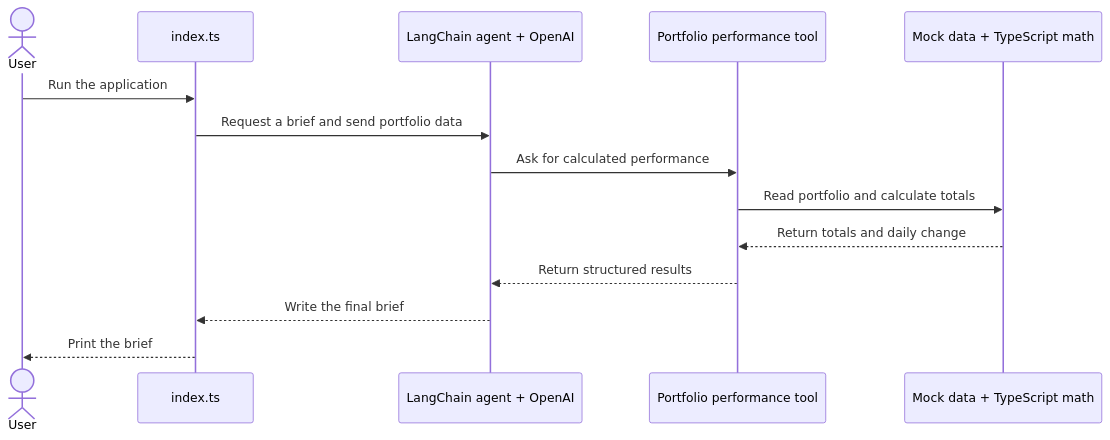
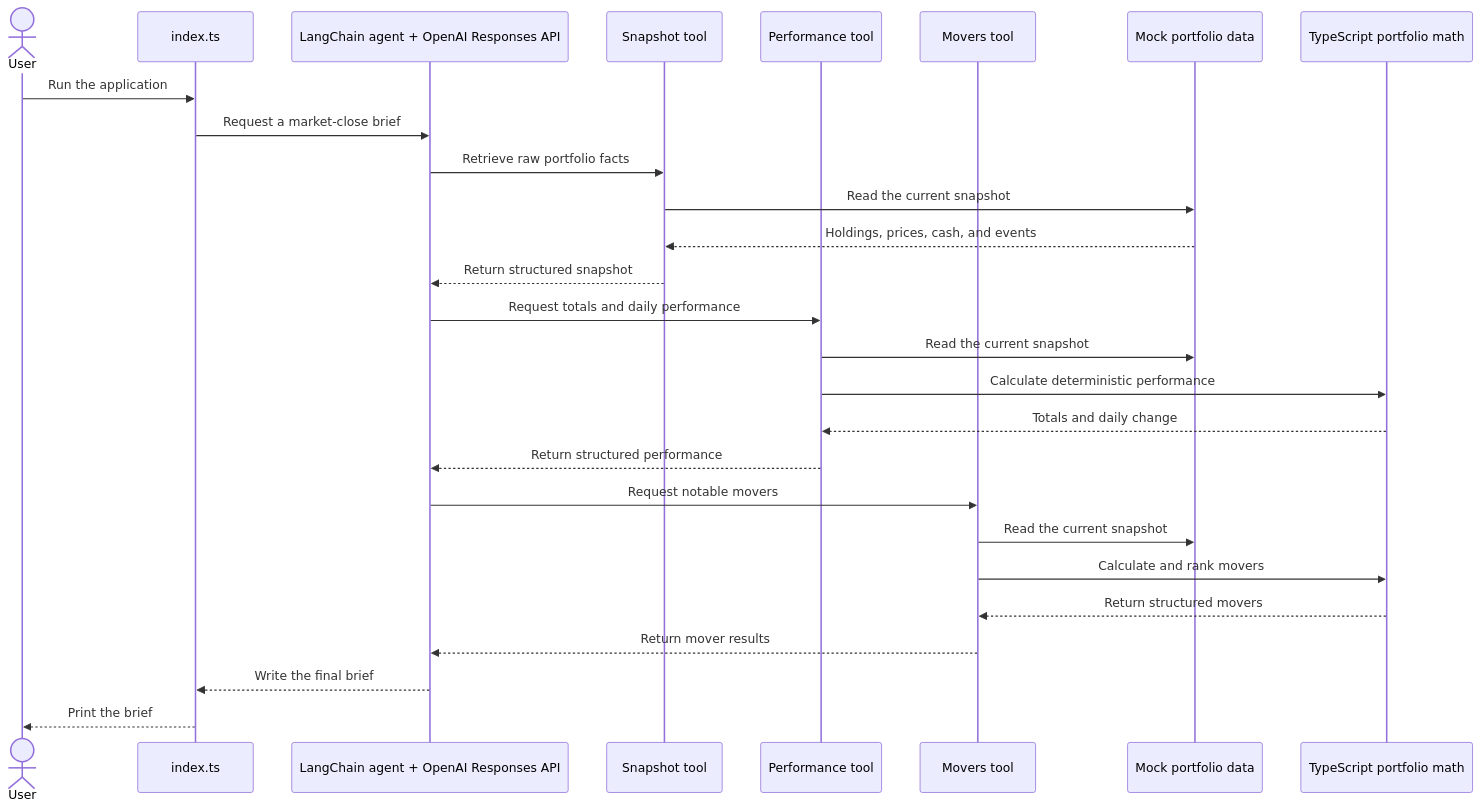
Before and after one commit to ayomidecole/Daily-Portfolio-Brief-Agent: the diagram in architecture.md, drawn with Mermaid. The commit also changed other lines of this file and 4 other files, not shown here.

Commit message:
Enhance portfolioBriefAgent to include getPortfolioMoversTool for notable movers retrieval, update architecture diagram and documentation, and implement calculateTopMovers function with corresponding tests for improved performance analysis.

````diff
--- a/architecture.md
+++ b/architecture.md
@@ -11,17 +11,30 @@
 ```mermaid
 sequenceDiagram
     actor User
     participant CLI as index.ts
-    participant Agent as LangChain agent + OpenAI
-    participant Tool as Portfolio performance tool
-    participant Core as Mock data + TypeScript math
+    participant Agent as LangChain agent + OpenAI Responses API
+    participant Snapshot as Snapshot tool
+    participant Performance as Performance tool
+    participant Movers as Movers tool
+    participant Data as Mock portfolio data
+    participant Math as TypeScript portfolio math
 
     User->>CLI: Run the application
-    CLI->>Agent: Request a brief and send portfolio data
-    Agent->>Tool: Ask for calculated performance
-    Tool->>Core: Read portfolio and calculate totals
-    Core-->>Tool: Return totals and daily change
-    Tool-->>Agent: Return structured results
+    CLI->>Agent: Request a market-close brief
+    Agent->>Snapshot: Retrieve raw portfolio facts
+    Snapshot->>Data: Read the current snapshot
+    Data-->>Snapshot: Holdings, prices, cash, and events
+    Snapshot-->>Agent: Return structured snapshot
+    Agent->>Performance: Request totals and daily performance
+    Performance->>Data: Read the current snapshot
+    Performance->>Math: Calculate deterministic performance
+    Math-->>Performance: Totals and daily change
+    Performance-->>Agent: Return structured performance
+    Agent->>Movers: Request notable movers
+    Movers->>Data: Read the current snapshot
+    Movers->>Math: Calculate and rank movers
+    Math-->>Movers: Return structured movers
+    Movers-->>Agent: Return mover results
     Agent-->>CLI: Write the final brief
     CLI-->>User: Print the brief
 ```
````
